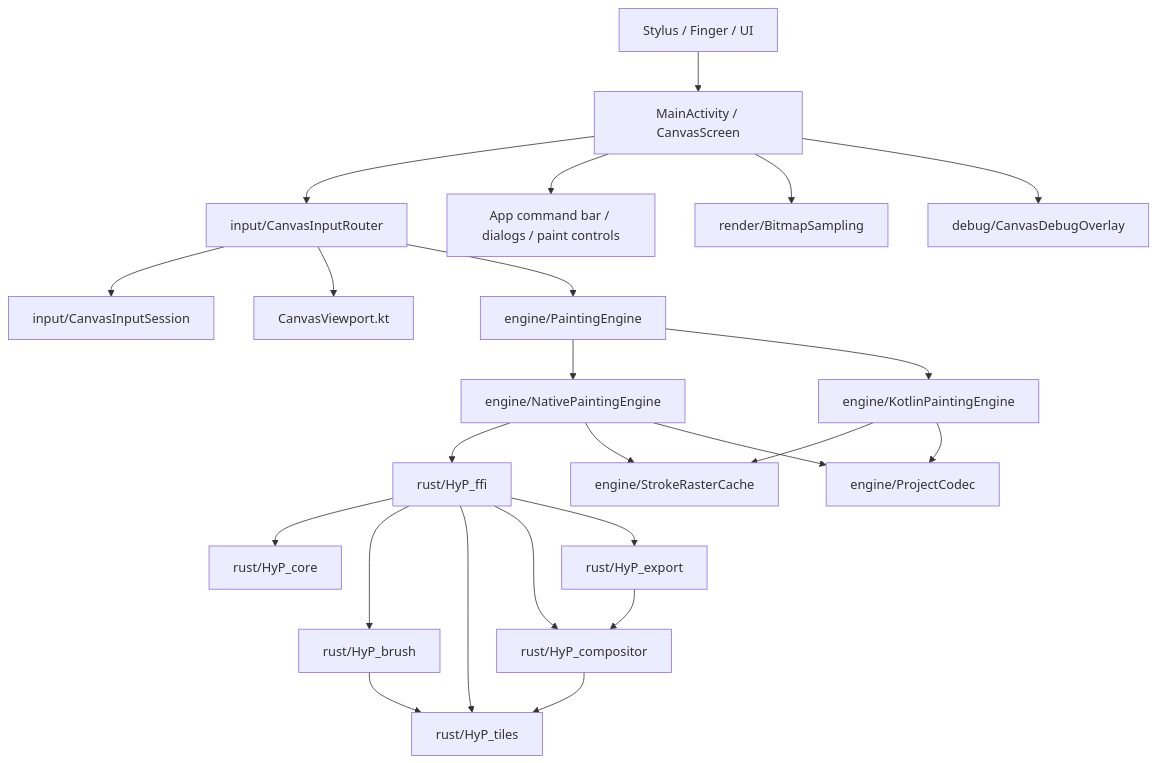
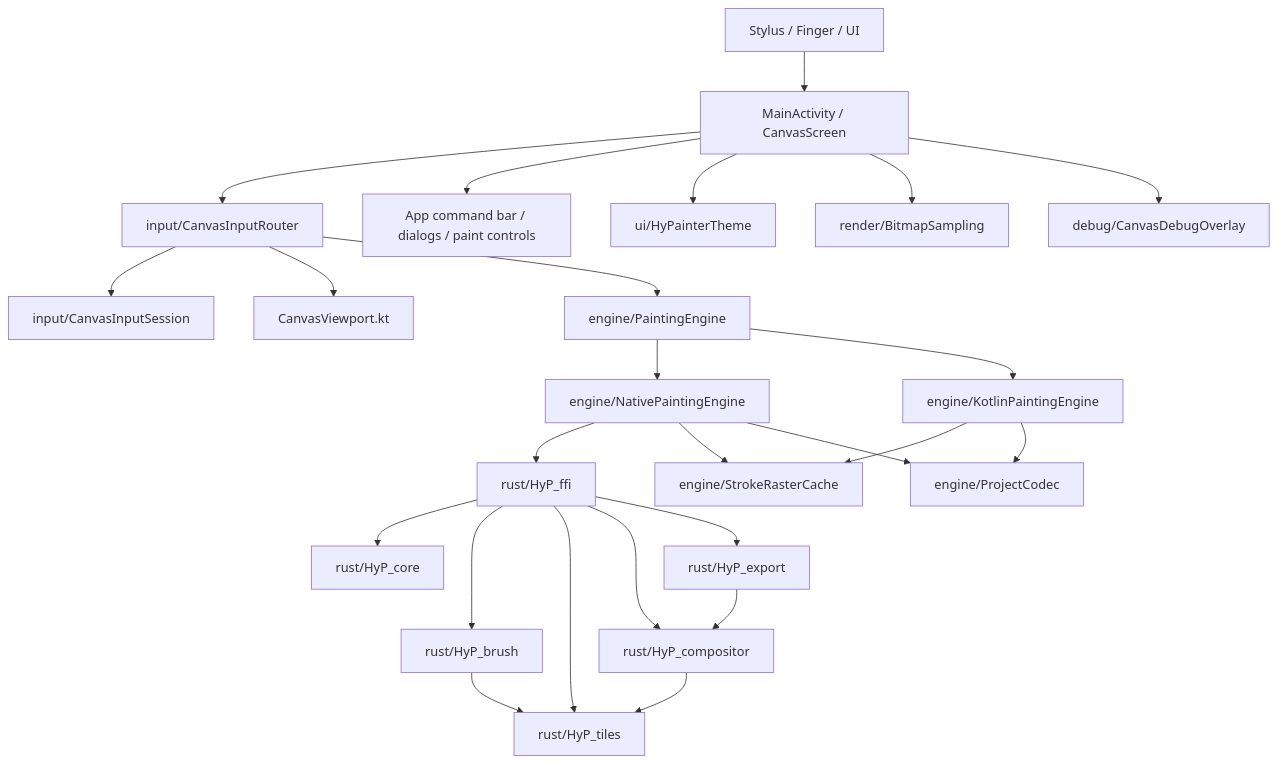
One commit to Lukas-VI/HyPainter changed the first of 3 diagrams in docs/current-architecture.md. Above: the diagram before and after it, drawn with Mermaid. The commit also changed other lines of this file and 6 other files, not shown here.

````diff
--- a/docs/current-architecture.md
+++ b/docs/current-architecture.md
@@ -19,32 +19,33 @@
 ```mermaid
 flowchart TD
     User["Stylus / Finger / UI"] --> Main["MainActivity / CanvasScreen"]
 
     Main --> Input["input/CanvasInputRouter"]
     Input --> Session["input/CanvasInputSession"]
     Input --> Viewport["CanvasViewport.kt"]
     Input --> EngineApi["engine/PaintingEngine"]
 
     Main --> AppShell["App command bar / dialogs / paint controls"]
+    Main --> Theme["ui/HyPainterTheme"]
     Main --> RenderOptions["render/BitmapSampling"]
     Main --> Debug["debug/CanvasDebugOverlay"]
 
     EngineApi --> Native["engine/NativePaintingEngine"]
     EngineApi --> Kotlin["engine/KotlinPaintingEngine"]
     Native --> RustFfi["rust/HyP_ffi"]
 
     Kotlin --> RasterCache["engine/StrokeRasterCache"]
     Native --> RasterCache
     Kotlin --> Project["engine/ProjectCodec"]
     Native --> Project
 
     RustFfi --> RustCore["rust/HyP_core"]
     RustFfi --> RustBrush["rust/HyP_brush"]
     RustFfi --> RustTiles["rust/HyP_tiles"]
     RustFfi --> RustCompositor["rust/HyP_compositor"]
     RustFfi --> RustExport["rust/HyP_export"]
 
     RustBrush --> RustTiles
     RustCompositor --> RustTiles
     RustExport --> RustCompositor
 ```
````
